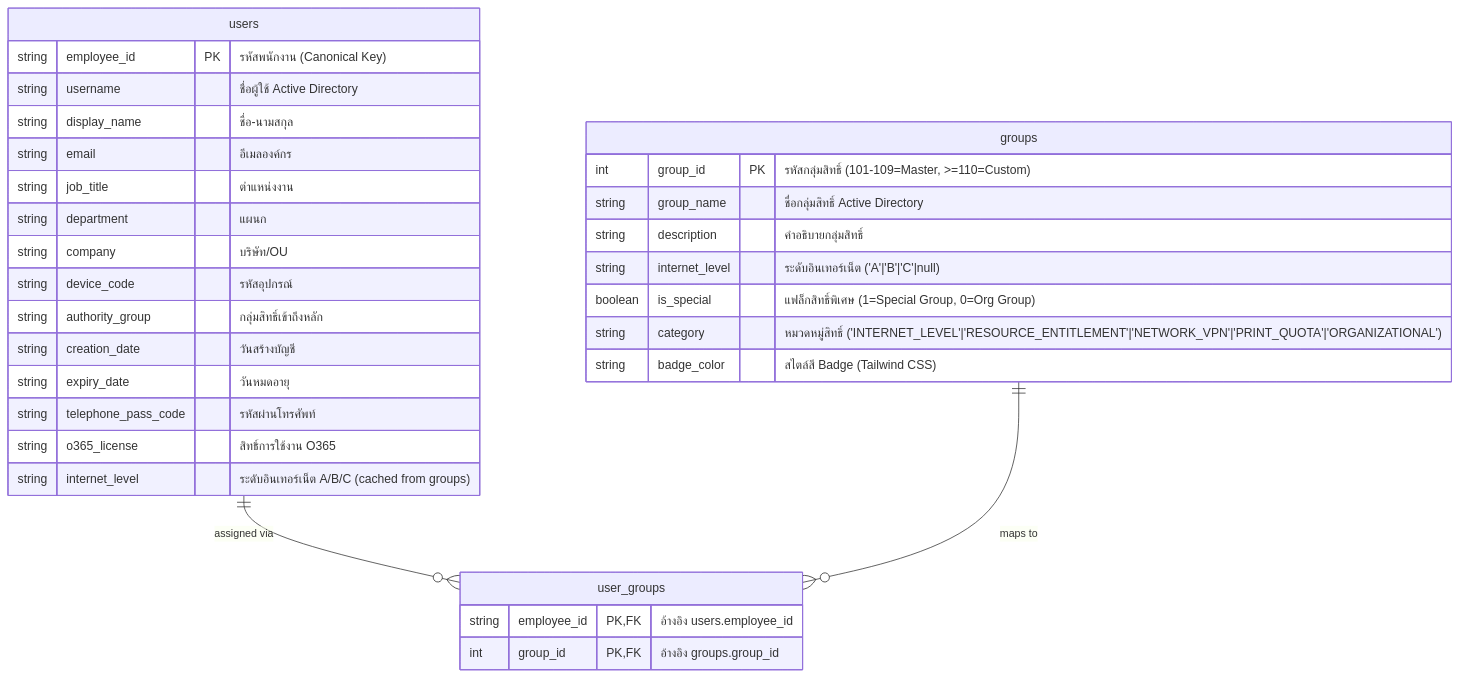
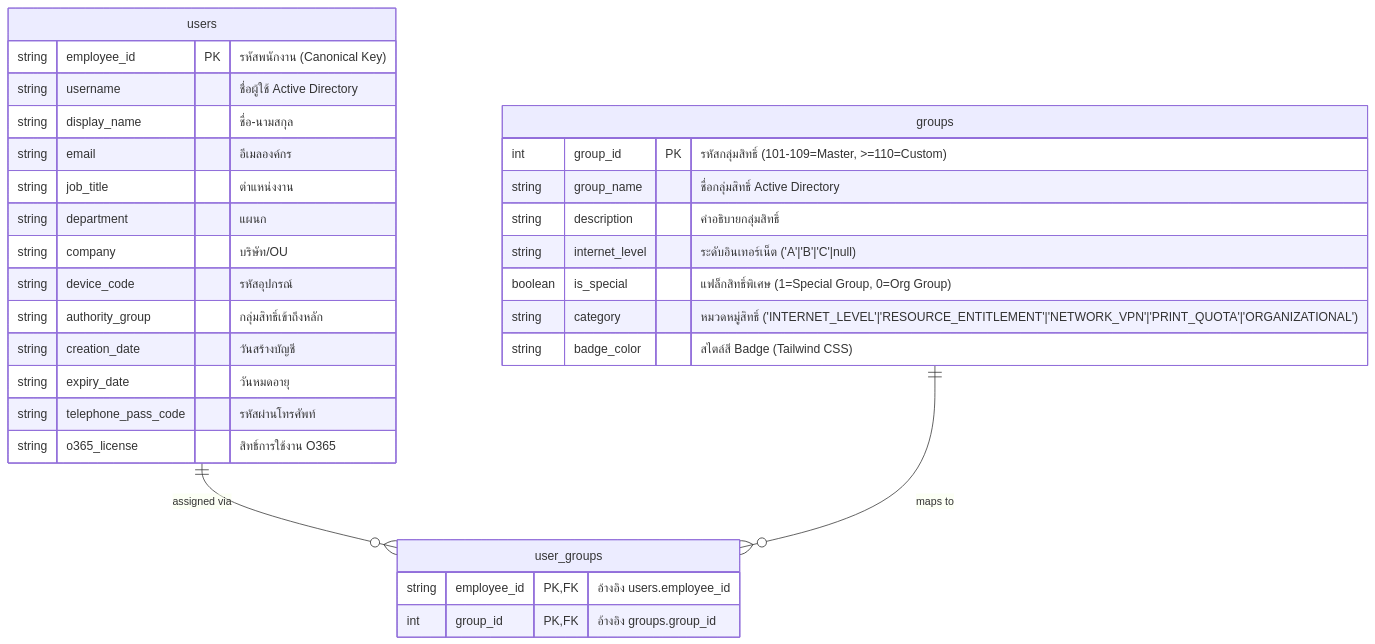
The first of 2 diagrams in docs/system_architecture_diagrams.md (Deizyn/user_access_management), drawn with Mermaid before and after one commit. The commit also changed other lines of this file and 9 other files, not shown here.

Commit message:
feat(V4): Enforce 13-Column Clean Schema & Preserve Level Group Modal State (2026-08-05)

````diff
--- a/docs/system_architecture_diagrams.md
+++ b/docs/system_architecture_diagrams.md
@@ -11,37 +11,36 @@
 ```mermaid
 erDiagram
     users ||--o{ user_groups : "assigned via"
     groups ||--o{ user_groups : "maps to"
 
     users {
         string employee_id PK "รหัสพนักงาน (Canonical Key)"
         string username "ชื่อผู้ใช้ Active Directory"
         string display_name "ชื่อ-นามสกุล"
         string email "อีเมลองค์กร"
         string job_title "ตำแหน่งงาน"
         string department "แผนก"
         string company "บริษัท/OU"
         string device_code "รหัสอุปกรณ์"
         string authority_group "กลุ่มสิทธิ์เข้าถึงหลัก"
         string creation_date "วันสร้างบัญชี"
         string expiry_date "วันหมดอายุ"
         string telephone_pass_code "รหัสผ่านโทรศัพท์"
         string o365_license "สิทธิ์การใช้งาน O365"
-        string internet_level "ระดับอินเทอร์เน็ต A/B/C (cached from groups)"
     }
 
     groups {
         int group_id PK "รหัสกลุ่มสิทธิ์ (101-109=Master, >=110=Custom)"
         string group_name "ชื่อกลุ่มสิทธิ์ Active Directory"
         string description "คำอธิบายกลุ่มสิทธิ์"
         string internet_level "ระดับอินเทอร์เน็ต ('A'|'B'|'C'|null)"
         boolean is_special "แฟล็กสิทธิ์พิเศษ (1=Special Group, 0=Org Group)"
         string category "หมวดหมู่สิทธิ์ ('INTERNET_LEVEL'|'RESOURCE_ENTITLEMENT'|'NETWORK_VPN'|'PRINT_QUOTA'|'ORGANIZATIONAL')"
         string badge_color "สไตล์สี Badge (Tailwind CSS)"
     }
 
     user_groups {
         string employee_id PK, FK "อ้างอิง users.employee_id"
         int group_id PK, FK "อ้างอิง groups.group_id"
     }
 ```
````
